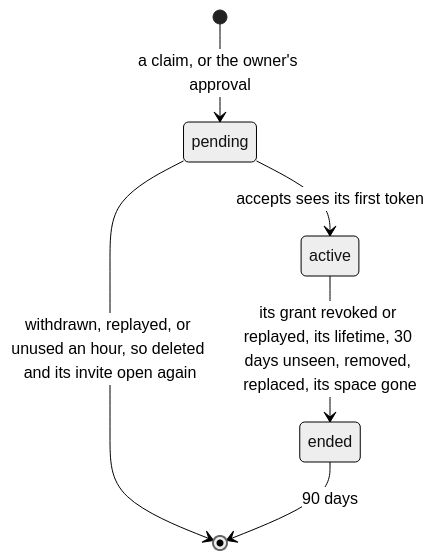
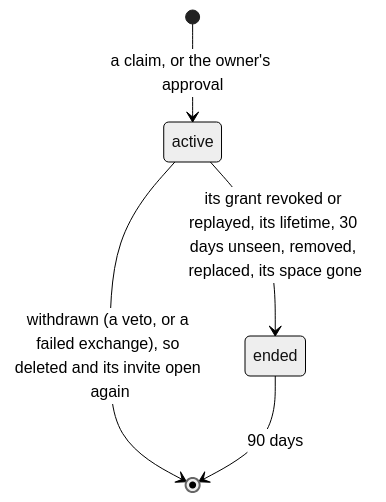
One commit to escalay/api-kit changed the fifth of 5 diagrams in src/sharing/README.md. Above: the diagram before and after it, drawn with Mermaid (neutral theme). The commit also changed other lines of this file and 9 other files, not shown here.

````diff
--- a/src/sharing/README.md
+++ b/src/sharing/README.md
@@ -184,8 +184,7 @@
 ```mermaid
 stateDiagram-v2
-  [*] --> pending: a claim, or the owner's approval
-  pending --> active: accepts sees its first token
-  pending --> [*]: withdrawn, replayed, or unused an hour, so deleted and its invite open again
+  [*] --> active: a claim, or the owner's approval
   active --> ended: its grant revoked or replayed, its lifetime, 30 days unseen, removed, replaced, its space gone
+  active --> [*]: withdrawn (a veto, or a failed exchange), so deleted and its invite open again
   ended --> [*]: 90 days
 ```
````
